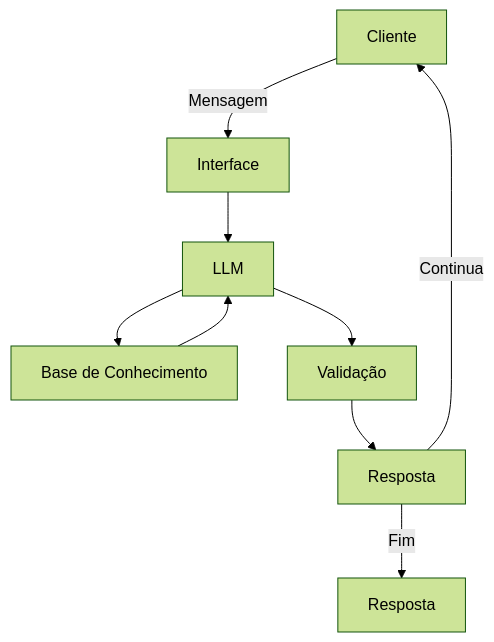
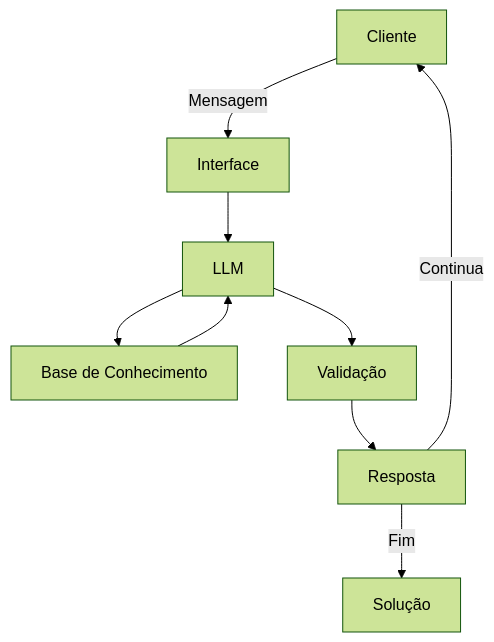
One commit to vini1alves/dio-lab-bia-do-financeiro- changed the diagram in docs/01-documentacao-agente.md. Above: the diagram before and after it, drawn with Mermaid (forest theme). The commit also changed other lines of this file, not shown here.

````diff
--- a/docs/01-documentacao-agente.md
+++ b/docs/01-documentacao-agente.md
@@ -49,11 +49,11 @@
 ```mermaid
 flowchart TD
     A[Pergunta] -->|Mensagem| B[Interface]
     B --> C[LLM]
     C --> D[Base de Conhecimento]
     D --> C
     C --> E[Validação]
     E --> F[Resposta]
     F --> |Continua| A[Cliente]
-    F --> |Fim| G[Resposta]
+    F --> |Fim| G[Solução]
 ```
````
